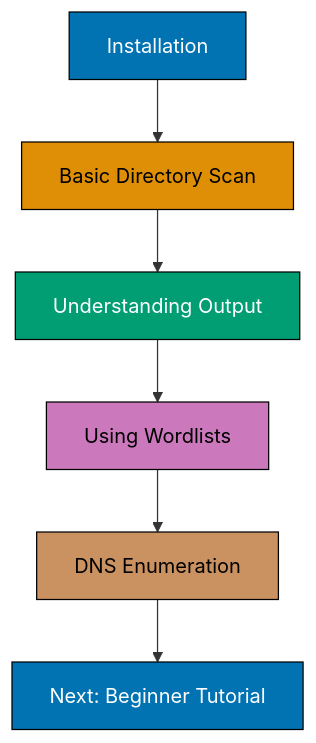
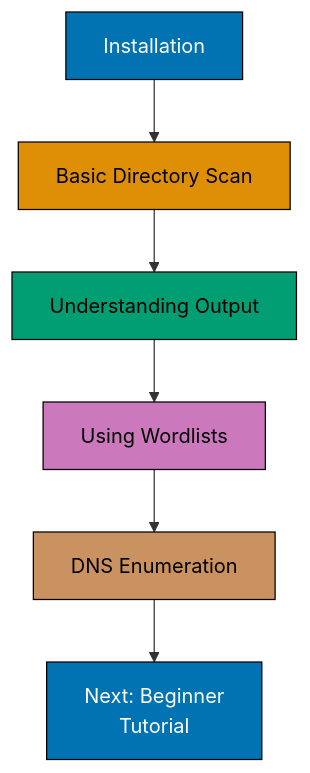
One commit to wahidyankf/ose-public changed the first of 2 diagrams in apps/ayokoding-www/content/en/learn/legacy/information-security/tools/gobuster/quick-start.md. Above: the diagram before and after it, drawn with Mermaid. The commit also changed other lines of this file and 50 other files, not shown here.

First line of the commit message:
fix(mermaid): bring the docs, governance, plans, and legacy AI diagrams onto the accessible palette

````diff
--- a/apps/ayokoding-www/content/en/learn/legacy/information-security/tools/gobuster/quick-start.md
+++ b/apps/ayokoding-www/content/en/learn/legacy/information-security/tools/gobuster/quick-start.md
@@ -45,16 +45,24 @@
 ```mermaid
 %% Color Palette: Blue #0173B2, Orange #DE8F05, Teal #029E73, Purple #CC78BC, Brown #CA9161
 flowchart TD
+    accTitle: Learning Path
+    accDescr: Flowchart with 6 nodes and 5 connections. Nodes: Installation, Basic Directory Scan, Understanding Output, Using Wordlists, DNS Enumeration, Next: Beginner Tutorial. Connections: Installation to Basic Directory Scan, Basic Directory Scan to Understanding Output, Understanding Output to Using Wordlists, Using Wordlists to DNS Enumeration, DNS Enumeration to Next: Beginner Tutorial.
     A[Installation] --> B[Basic Directory Scan]
     B --> C[Understanding Output]
     C --> D[Using Wordlists]
     D --> E[DNS Enumeration]
-    E --> F[Next: Beginner Tutorial]
+    E --> F[Next: Beginner<br/>Tutorial]
 
-    style A fill:#0173B2,stroke:#000,color:#fff
-    style B fill:#DE8F05,stroke:#000,color:#000
-    style C fill:#029E73,stroke:#000,color:#fff
-    style D fill:#CC78BC,stroke:#000,color:#000
-    style E fill:#CA9161,stroke:#000,color:#000
-    style F fill:#0173B2,stroke:#000,color:#fff
+    classDef pal-0173B2 fill:#0173B2,stroke:#000000,color:#FFFFFF
+    class A pal-0173B2
+    classDef pal-DE8F05 fill:#DE8F05,stroke:#000000,color:#000000
+    class B pal-DE8F05
+    classDef pal-029E73 fill:#029E73,stroke:#000000,color:#000000
+    class C pal-029E73
+    classDef pal-CC78BC fill:#CC78BC,stroke:#000000,color:#000000
+    class D pal-CC78BC
+    classDef pal-CA9161 fill:#CA9161,stroke:#000000,color:#000000
+    class E pal-CA9161
+    class F pal-0173B2
+    classDef default fill:#FFFFFF,stroke:#000000,color:#000000
 ```
````
